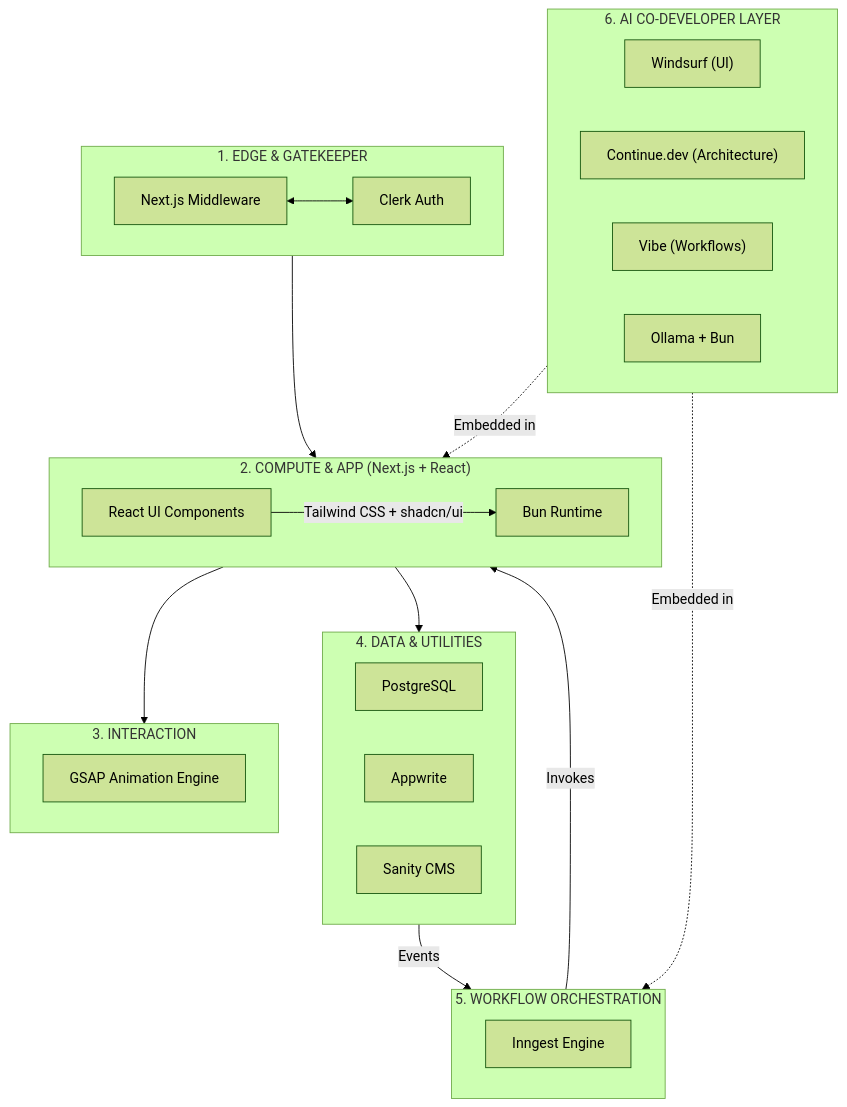
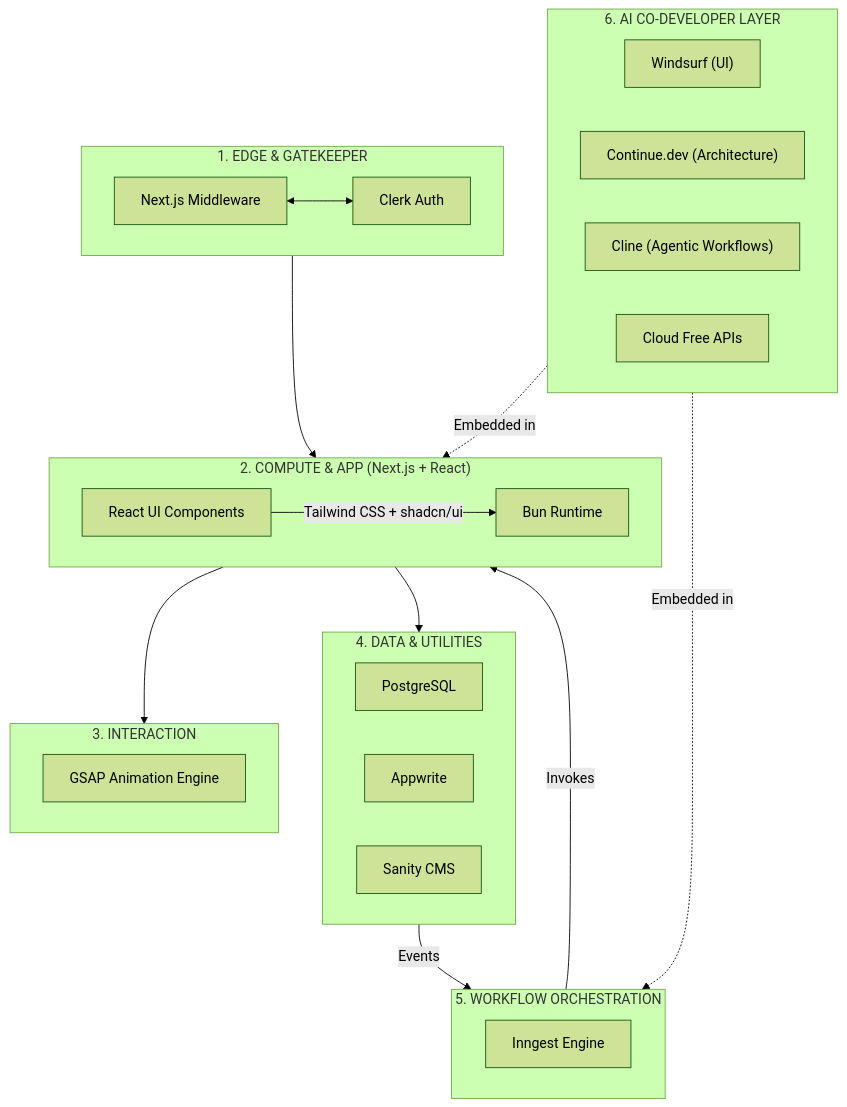
The diagram in My-Tech-Stack.md (seanwhs/Plans), drawn with Mermaid (forest theme) before and after one commit. The commit also changed other lines of this file, not shown here.

````diff
--- a/My-Tech-Stack.md
+++ b/My-Tech-Stack.md
@@ -27,33 +25,33 @@
 ```mermaid
 flowchart TB
     subgraph EDGE["1. EDGE & GATEKEEPER"]
         M["Next.js Middleware"] <--> C["Clerk Auth"]
     end
     subgraph CL["2. COMPUTE & APP (Next.js + React)"]
         A["React UI Components"] -->|Tailwind CSS + shadcn/ui| B["Bun Runtime"]
     end
     subgraph MOTION["3. INTERACTION"]
         GS["GSAP Animation Engine"]
     end
     subgraph DATA["4. DATA & UTILITIES"]
         E["PostgreSQL"]
         D["Appwrite"]
         F["Sanity CMS"]
     end
     subgraph ORCH["5. WORKFLOW ORCHESTRATION"]
         G["Inngest Engine"]
     end
     subgraph AI["6. AI CO-DEVELOPER LAYER"]
-        W["Windsurf (UI)"] 
+        W["Windsurf (UI)"]
         Cont["Continue.dev (Architecture)"]
-        V["Vibe (Workflows)"]
-        Oll["Ollama + Bun"]
+        Cl["Cline (Agentic Workflows)"]
+        Cloud["Cloud Free APIs"]
     end
     EDGE --> CL
     CL --> MOTION
     CL --> DATA
     DATA -->|"Events"| ORCH
     ORCH -->|"Invokes"| CL
     AI -.->|"Embedded in"| CL
     AI -.->|"Embedded in"| ORCH
 ```
````
